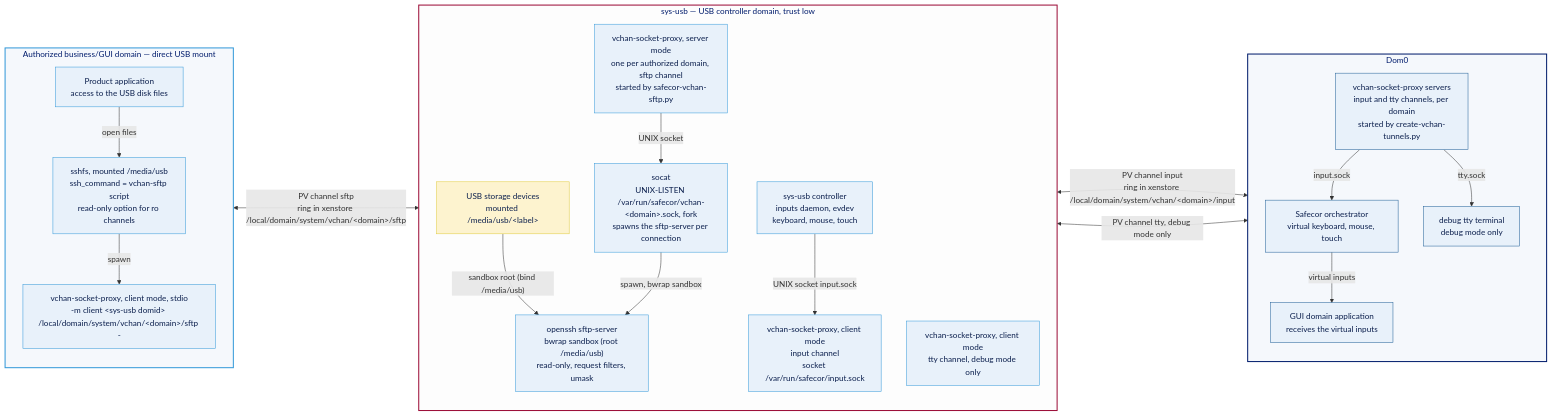
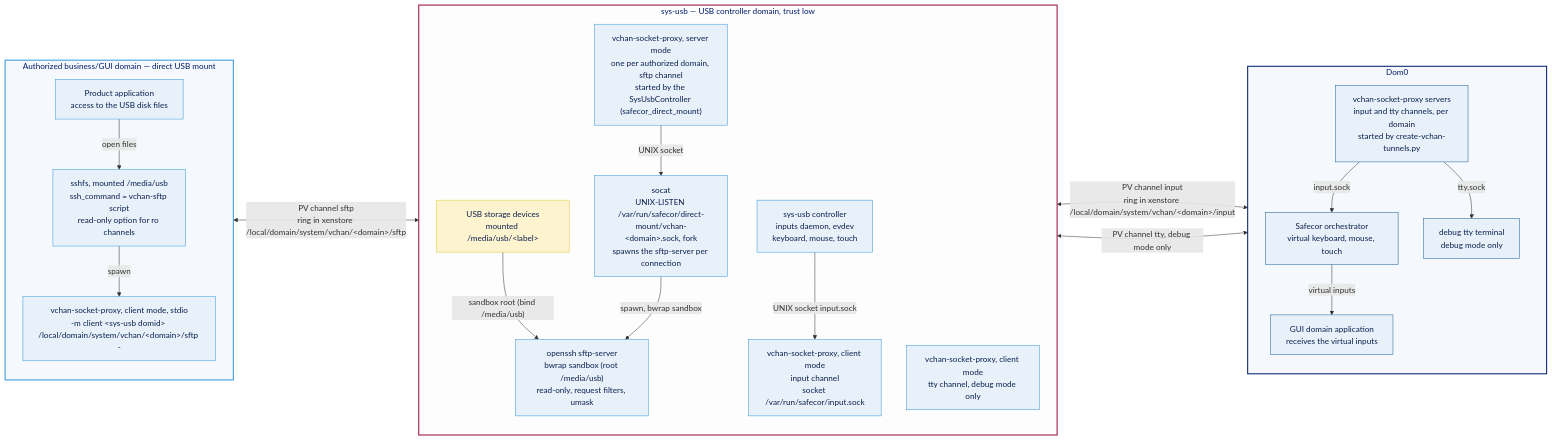
The diagram in docs/diagrams/lld-sftp-inputs.mmd (TristanIsrael/Safecor), drawn with Mermaid before and after one commit. The commit also changed 22 other files, not shown here.

First line of the commit message:
refactor(direct-mount): event-driven direct USB mount, single sync point (#253)

```diff
--- a/docs/diagrams/lld-sftp-inputs.mmd
+++ b/docs/diagrams/lld-sftp-inputs.mmd
@@ -1,55 +1,55 @@
 flowchart LR
 
     %% ---------------- Authorized domain (SFTP client) ----------------
     subgraph BUS["Authorized business/GUI domain — direct USB mount"]
         direction TB
         APP["Product application<br/>access to the USB disk files"]
         SSHFS["sshfs, mounted /media/usb<br/>ssh_command = vchan-sftp script<br/>read-only option for ro channels"]
         VCC["vchan-socket-proxy, client mode, stdio<br/>-m client &lt;sys-usb domid&gt; /local/domain/system/vchan/&lt;domain&gt;/sftp -"]
         APP -->|open files| SSHFS
         SSHFS -->|spawn| VCC
     end
 
     %% ---------------- sys-usb (SFTP server + input/tty clients) ----------------
     subgraph SYSUSB["sys-usb — USB controller domain, trust low"]
         direction TB
         USBST["USB storage devices<br/>mounted /media/usb/&lt;label&gt;"]
-        SFTPS["vchan-socket-proxy, server mode<br/>one per authorized domain, sftp channel<br/>started by safecor-vchan-sftp.py"]
-        SOCAT["socat<br/>UNIX-LISTEN /var/run/safecor/vchan-&lt;domain&gt;.sock, fork<br/>spawns the sftp-server per connection"]
+        SFTPS["vchan-socket-proxy, server mode<br/>one per authorized domain, sftp channel<br/>started by the SysUsbController (safecor_direct_mount)"]
+        SOCAT["socat<br/>UNIX-LISTEN /var/run/safecor/direct-mount/vchan-&lt;domain&gt;.sock, fork<br/>spawns the sftp-server per connection"]
         SFTP["openssh sftp-server<br/>bwrap sandbox (root /media/usb)<br/>read-only, request filters, umask"]
         INPD["sys-usb controller<br/>inputs daemon, evdev<br/>keyboard, mouse, touch"]
         VCIN["vchan-socket-proxy, client mode<br/>input channel<br/>socket /var/run/safecor/input.sock"]
         VCTY["vchan-socket-proxy, client mode<br/>tty channel, debug mode only"]
         USBST -->|"sandbox root (bind /media/usb)"| SFTP
         SFTPS -->|UNIX socket| SOCAT
         SOCAT -->|spawn, bwrap sandbox| SFTP
         INPD -->|UNIX socket input.sock| VCIN
     end
 
     %% ---------------- Dom0 (input/tty servers) ----------------
     subgraph DOM0["Dom0"]
         direction TB
         VCS["vchan-socket-proxy servers<br/>input and tty channels, per domain<br/>started by create-vchan-tunnels.py"]
         ORCH["Safecor orchestrator<br/>virtual keyboard, mouse, touch"]
         TTYD["debug tty terminal<br/>debug mode only"]
         GUIAPP["GUI domain application<br/>receives the virtual inputs"]
         VCS -->|input.sock| ORCH
         VCS -->|tty.sock| TTYD
         ORCH -->|virtual inputs| GUIAPP
     end
 
     %% ---------------- The vchan hops ----------------
     VCC <-->|PV channel sftp<br/>ring in xenstore /local/domain/system/vchan/&lt;domain&gt;/sftp| SFTPS
     VCIN <-->|PV channel input<br/>ring in xenstore /local/domain/system/vchan/&lt;domain&gt;/input| VCS
     VCTY <-->|PV channel tty, debug mode only| VCS
 
     %% ---------------- Styling (Safecor palette) ----------------
     classDef dom0svc fill:#e8f1fa,stroke:#1f5e97,color:#0b1f4d
     classDef domusvc fill:#e8f1fa,stroke:#3399d9,color:#0b1f4d
     classDef ext fill:#fdf3cf,stroke:#E0CA3C,color:#0b1f4d
     class VCS,ORCH,TTYD,GUIAPP dom0svc
     class APP,SSHFS,VCC,SFTPS,SOCAT,SFTP,INPD,VCIN,VCTY domusvc
     class USBST ext
     style BUS fill:#f5f8fc,stroke:#3399d9,stroke-width:2px,color:#001c6c
     style SYSUSB fill:#fdfdfd,stroke:#9C0D38,stroke-width:2px,color:#001c6c
     style DOM0 fill:#f5f8fc,stroke:#001c6c,stroke-width:2px,color:#001c6c
```
